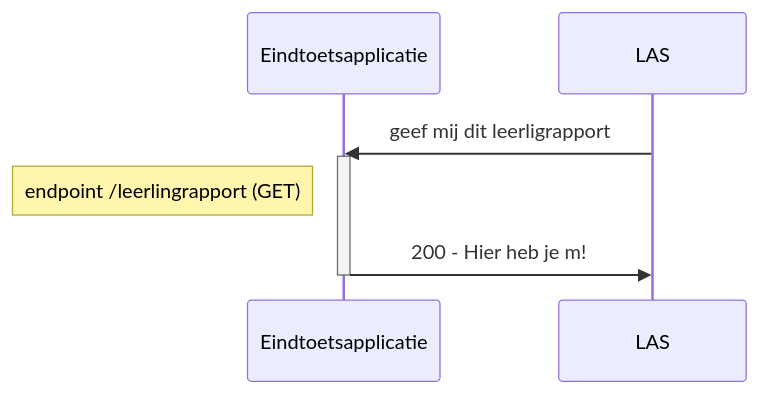
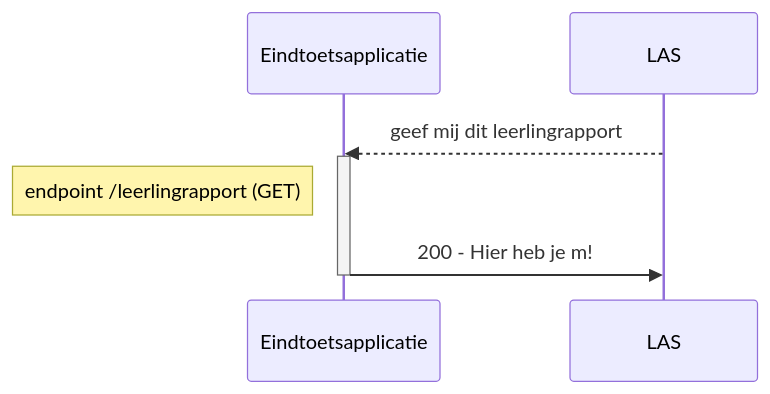
The third of 3 diagrams in README.md (JosVanderArend/eindtoets), drawn with Mermaid before and after one commit. The commit also changed other lines of this file, not shown here.

````diff
--- a/README.md
+++ b/README.md
@@ -28,10 +28,10 @@
 ```mermaid
 sequenceDiagram
     participant Eindtoetsapplicatie
     participant LAS
-    LAS->>Eindtoetsapplicatie: geef mij dit leerligrapport
+    LAS-->>Eindtoetsapplicatie: geef mij dit leerlingrapport
     activate Eindtoetsapplicatie
     Note left of Eindtoetsapplicatie: endpoint /leerlingrapport (GET)
     Eindtoetsapplicatie->>LAS: 200 - Hier heb je m!
     deactivate Eindtoetsapplicatie
 ```
````
